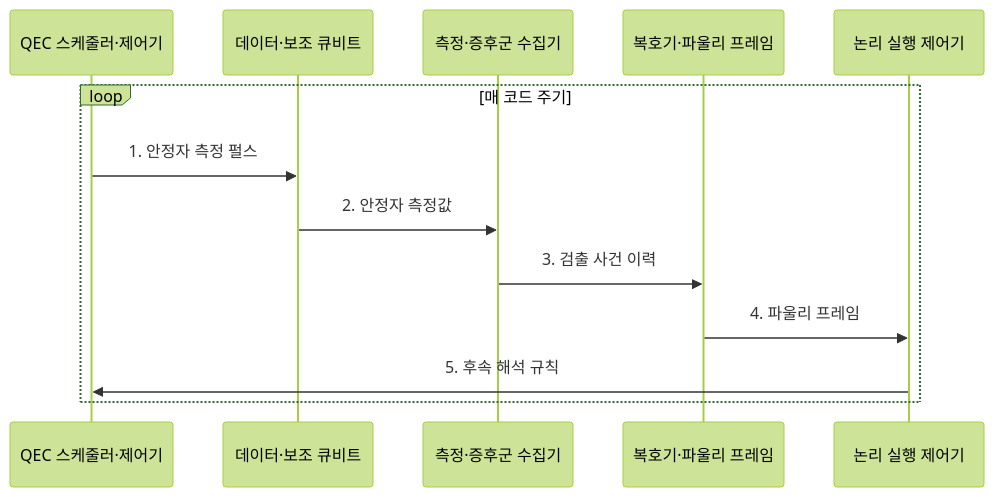
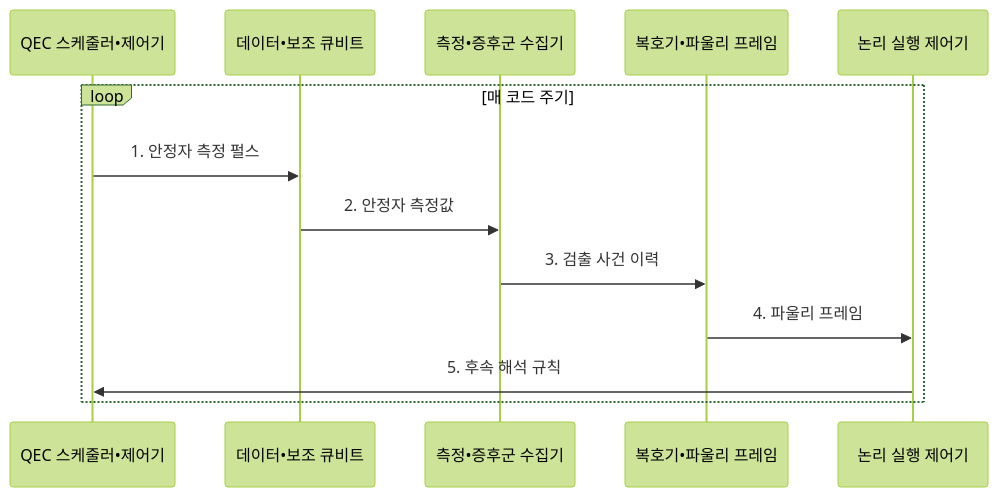
One commit to agnusdei1207/knowledge-base changed the second of 2 diagrams in src/content/docs/notes/02-hardware/074_quantum_error_correction_surface_code.md. Above: the diagram before and after it, drawn with Mermaid (forest theme). The commit also changed other lines of this file and 953 other files, not shown here.

````diff
--- a/src/content/docs/notes/02-hardware/074_quantum_error_correction_surface_code.md
+++ b/src/content/docs/notes/02-hardware/074_quantum_error_correction_surface_code.md
@@ -106,16 +106,16 @@
 ```mermaid
 sequenceDiagram
-    participant S as QEC 스케줄러·제어기
-    participant Q as 데이터·보조 큐비트
-    participant M as 측정·증후군 수집기
-    participant R as 복호기·파울리 프레임
+    participant S as QEC 스케줄러•제어기
+    participant Q as 데이터•보조 큐비트
+    participant M as 측정•증후군 수집기
+    participant R as 복호기•파울리 프레임
     participant L as 논리 실행 제어기
 
     loop 매 코드 주기
         S->>Q: 1. 안정자 측정 펄스
         Q->>M: 2. 안정자 측정값
         M->>R: 3. 검출 사건 이력
         R->>L: 4. 파울리 프레임
         L->>S: 5. 후속 해석 규칙
     end
 ```
````
